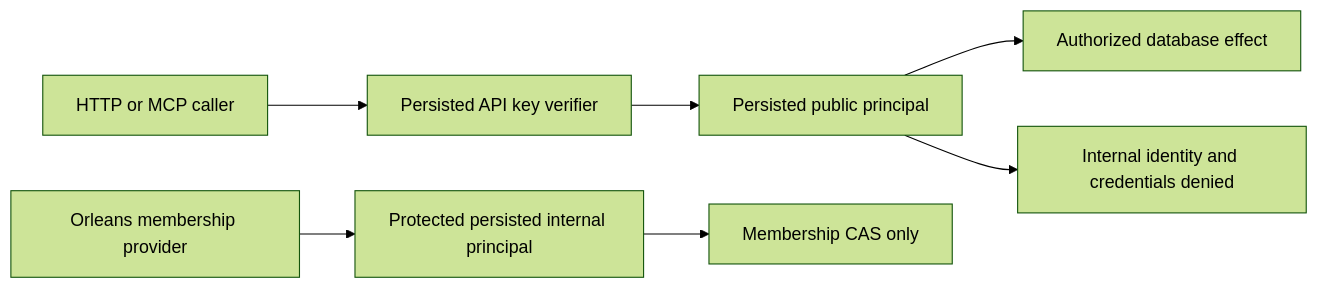
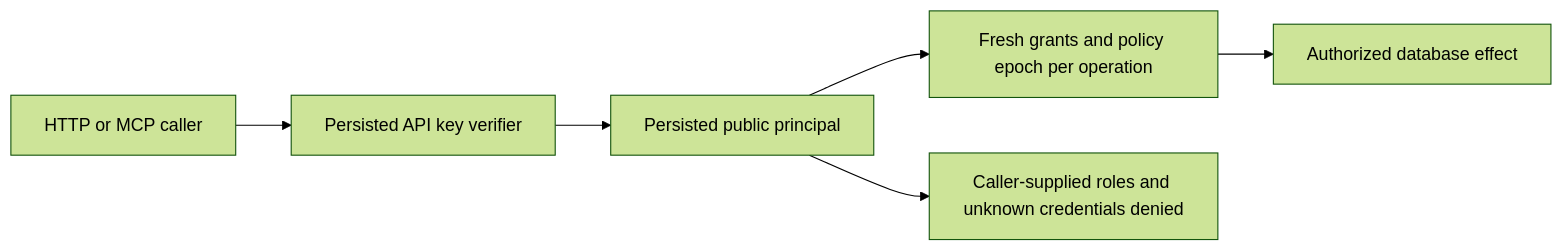
One commit to managedcode/KeyLoad changed the first of 2 diagrams in docs/Features/Authorization.md. Above: the diagram before and after it, drawn with Mermaid (forest theme). The commit also changed other lines of this file and 7356 other files, not shown here.

````diff
--- a/docs/Features/Authorization.md
+++ b/docs/Features/Authorization.md
@@ -41,9 +36,8 @@
 ```mermaid
 flowchart LR
     Caller[HTTP or MCP caller] --> Key[Persisted API key verifier]
     Key --> Principal[Persisted public principal]
-    Principal --> Grants[Authorized database effect]
-    Membership[Orleans membership provider] --> Internal[Protected persisted internal principal]
-    Internal --> CAS[Membership CAS only]
-    Principal --> Deny[Internal identity and credentials denied]
+    Principal --> Grants[Fresh grants and policy epoch per operation]
+    Grants --> Effect[Authorized database effect]
+    Principal --> Deny[Caller-supplied roles and unknown credentials denied]
 ```
````
